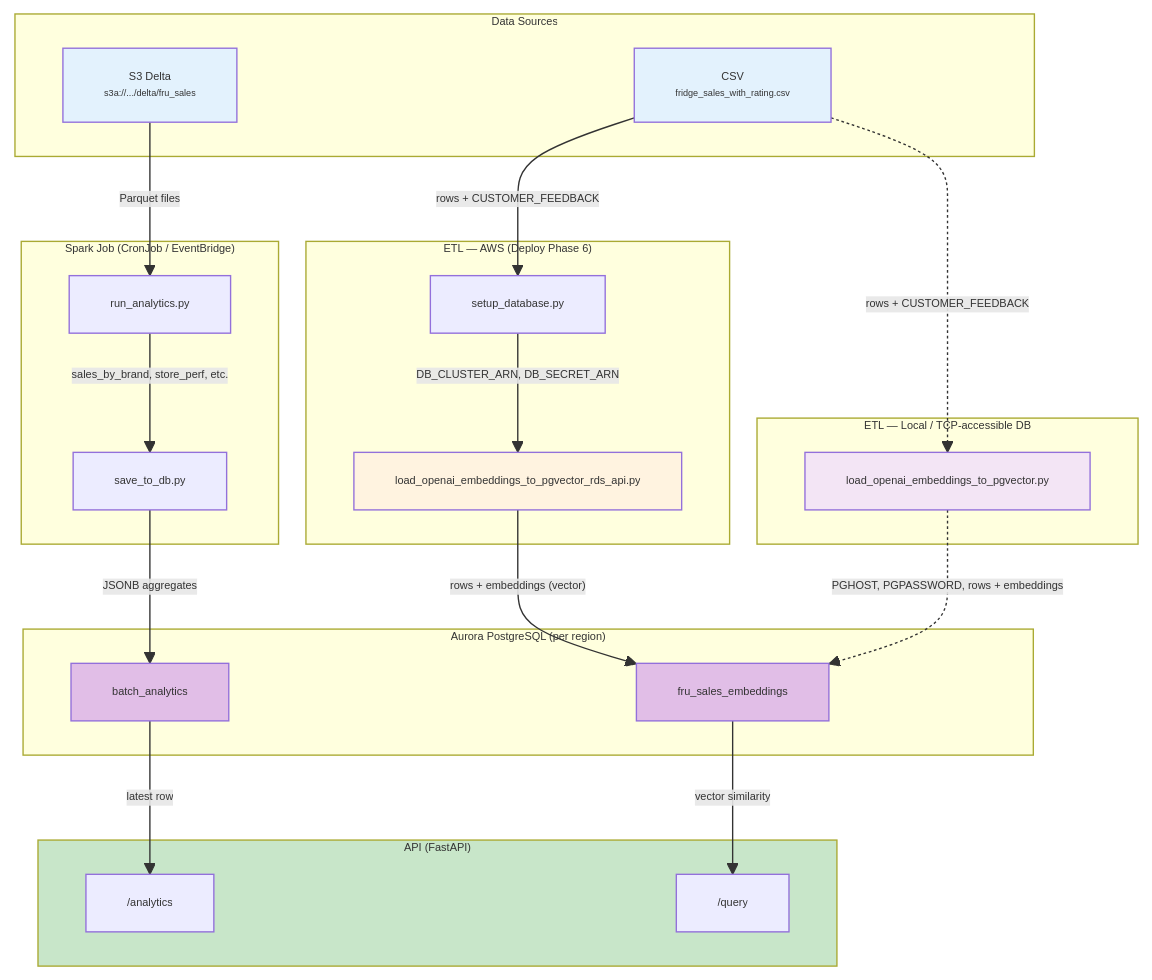
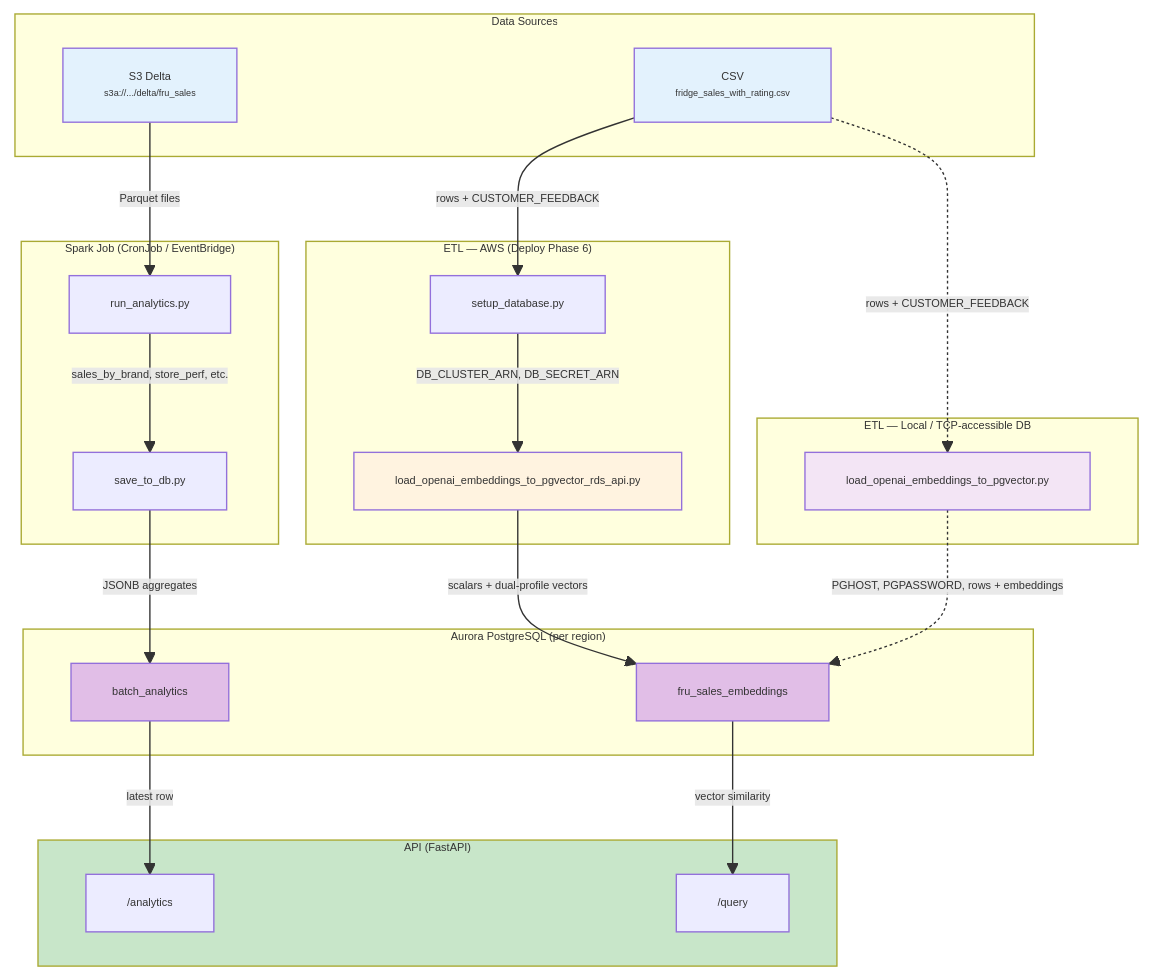
The first of 2 diagrams in docs/CORE_APP_STRUCTURE.md (horselord-joe-8053/ultra-fru-genai-analytics-new), drawn with Mermaid before and after one commit. The commit also changed other lines of this file and 88 other files, not shown here.

First line of the commit message:
Add dual-profile embedding sync service and improve local deploy UX.

````diff
--- a/docs/CORE_APP_STRUCTURE.md
+++ b/docs/CORE_APP_STRUCTURE.md
@@ -58,54 +58,54 @@
 ```mermaid
 %%{init: {'themeVariables': {'fontSize':'8px','fontFamily':'arial'}}}%%
 flowchart TB
     subgraph sources["Data Sources"]
         csv["CSV<br/><small>fridge_sales_with_rating.csv</small>"]
         delta["S3 Delta<br/><small>s3a://.../delta/fru_sales</small>"]
     end
 
     subgraph etl_aws["ETL — AWS (Deploy Phase 6)"]
         setup_db["setup_database.py"]
         rds_api["load_openai_embeddings_to_pgvector_rds_api.py"]
     end
 
     subgraph etl_local["ETL — Local / TCP-accessible DB"]
         psycopg["load_openai_embeddings_to_pgvector.py"]
     end
 
     subgraph spark["Spark Job (CronJob / EventBridge)"]
         run_analytics["run_analytics.py"]
         save_db["save_to_db.py"]
     end
 
     subgraph aurora["Aurora PostgreSQL (per region)"]
         fru_emb["fru_sales_embeddings"]
         batch_analytics["batch_analytics"]
     end
 
     subgraph api["API (FastAPI)"]
         analytics_ep["/analytics"]
         query_ep["/query"]
     end
 
     csv -->|"rows + CUSTOMER_FEEDBACK"| setup_db
     setup_db -->|"DB_CLUSTER_ARN, DB_SECRET_ARN"| rds_api
-    rds_api -->|"rows + embeddings (vector)"| fru_emb
+    rds_api -->|"scalars + dual-profile vectors"| fru_emb
 
     csv -.->|"rows + CUSTOMER_FEEDBACK"| psycopg
     psycopg -.->|"PGHOST, PGPASSWORD, rows + embeddings"| fru_emb
 
     delta -->|"Parquet files"| run_analytics
     run_analytics -->|"sales_by_brand, store_perf, etc."| save_db
     save_db -->|"JSONB aggregates"| batch_analytics
 
     fru_emb -->|"vector similarity"| query_ep
     batch_analytics -->|"latest row"| analytics_ep
 
     style csv fill:#e3f2fd
     style delta fill:#e3f2fd
     style rds_api fill:#fff3e0
     style psycopg fill:#f3e5f5
     style fru_emb fill:#e1bee7
     style batch_analytics fill:#e1bee7
     style api fill:#c8e6c9
 ```
````
